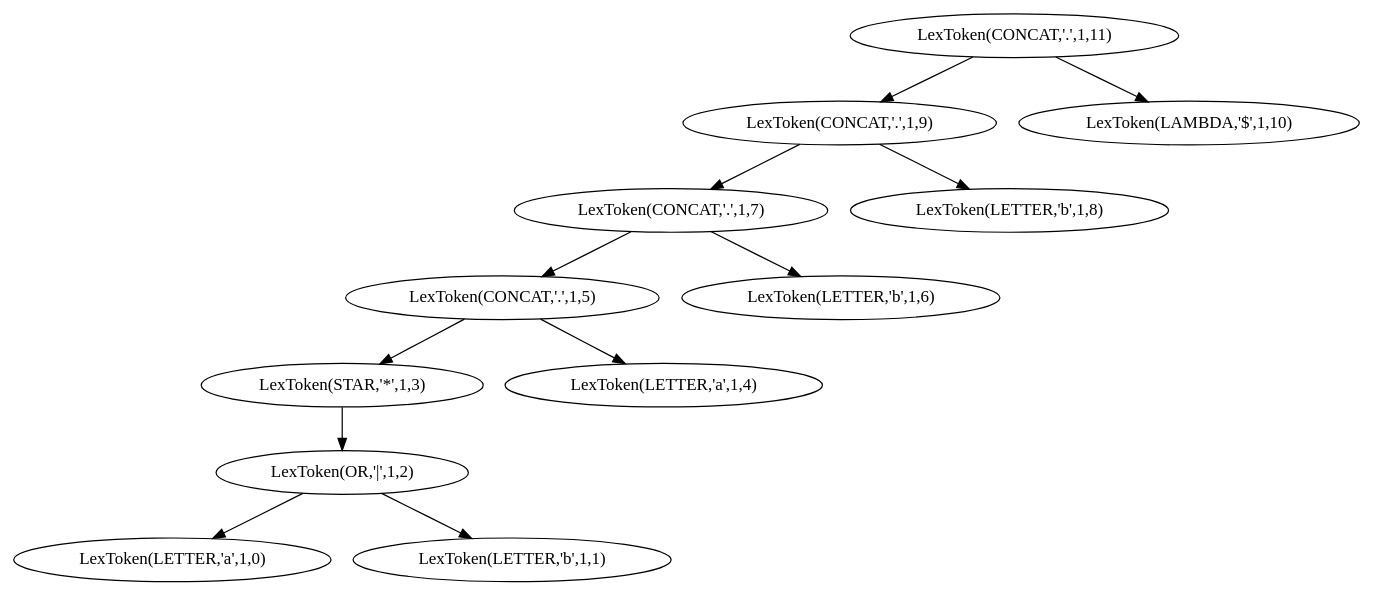
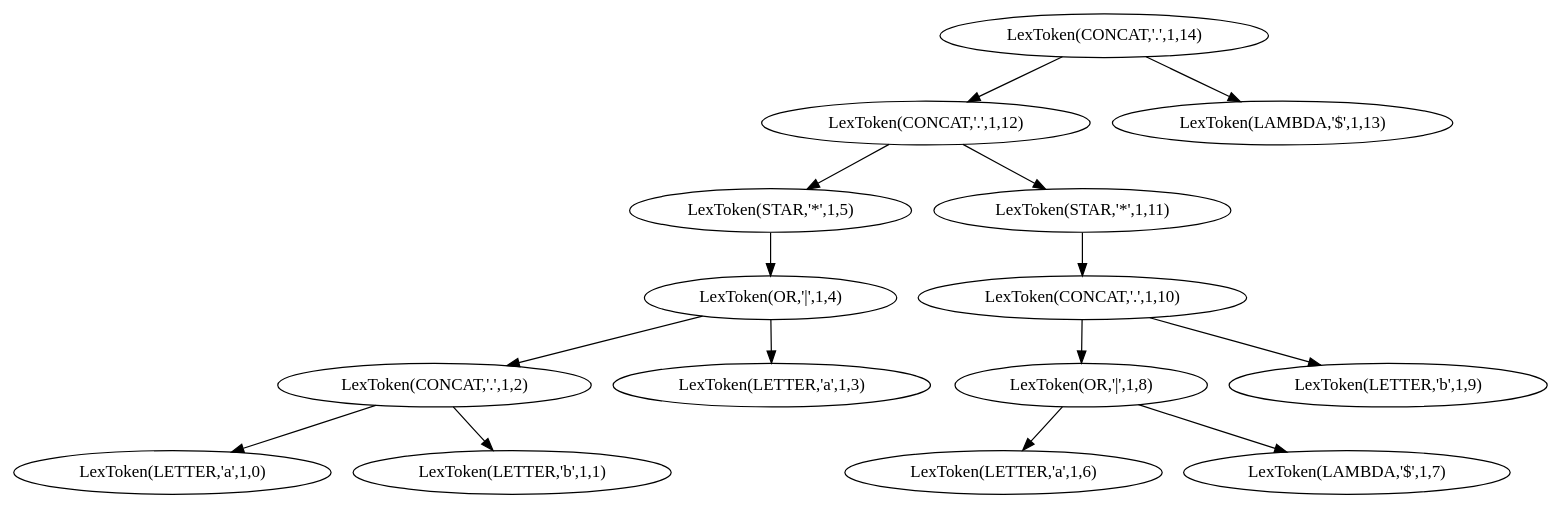
Before and after one commit to alexandru-balan/regex_to_dfa: the diagram in test.dot, drawn with Graphviz. The commit also changed 7 other files, not shown here.

```diff
--- a/test.dot
+++ b/test.dot
@@ -1,25 +1,31 @@
 strict digraph "" {
 	"LexToken(LETTER,'a',1,0)"	[val=a];
 	"LexToken(LETTER,'b',1,1)"	[val=b];
-	"LexToken(OR,'|',1,2)"	[val="|"];
-	"LexToken(OR,'|',1,2)" -> "LexToken(LETTER,'a',1,0)";
-	"LexToken(OR,'|',1,2)" -> "LexToken(LETTER,'b',1,1)";
-	"LexToken(STAR,'*',1,3)"	[val="*"];
-	"LexToken(STAR,'*',1,3)" -> "LexToken(OR,'|',1,2)";
-	"LexToken(LETTER,'a',1,4)"	[val=a];
-	"LexToken(CONCAT,'.',1,5)"	[val="."];
-	"LexToken(CONCAT,'.',1,5)" -> "LexToken(STAR,'*',1,3)";
-	"LexToken(CONCAT,'.',1,5)" -> "LexToken(LETTER,'a',1,4)";
-	"LexToken(LETTER,'b',1,6)"	[val=b];
-	"LexToken(CONCAT,'.',1,7)"	[val="."];
-	"LexToken(CONCAT,'.',1,7)" -> "LexToken(CONCAT,'.',1,5)";
-	"LexToken(CONCAT,'.',1,7)" -> "LexToken(LETTER,'b',1,6)";
-	"LexToken(LETTER,'b',1,8)"	[val=b];
-	"LexToken(CONCAT,'.',1,9)"	[val="."];
-	"LexToken(CONCAT,'.',1,9)" -> "LexToken(CONCAT,'.',1,7)";
-	"LexToken(CONCAT,'.',1,9)" -> "LexToken(LETTER,'b',1,8)";
-	"LexToken(LAMBDA,'$',1,10)"	[val="$"];
-	"LexToken(CONCAT,'.',1,11)"	[val="."];
-	"LexToken(CONCAT,'.',1,11)" -> "LexToken(CONCAT,'.',1,9)";
-	"LexToken(CONCAT,'.',1,11)" -> "LexToken(LAMBDA,'$',1,10)";
+	"LexToken(CONCAT,'.',1,2)"	[val="."];
+	"LexToken(CONCAT,'.',1,2)" -> "LexToken(LETTER,'a',1,0)";
+	"LexToken(CONCAT,'.',1,2)" -> "LexToken(LETTER,'b',1,1)";
+	"LexToken(LETTER,'a',1,3)"	[val=a];
+	"LexToken(OR,'|',1,4)"	[val="|"];
+	"LexToken(OR,'|',1,4)" -> "LexToken(CONCAT,'.',1,2)";
+	"LexToken(OR,'|',1,4)" -> "LexToken(LETTER,'a',1,3)";
+	"LexToken(STAR,'*',1,5)"	[val="*"];
+	"LexToken(STAR,'*',1,5)" -> "LexToken(OR,'|',1,4)";
+	"LexToken(LETTER,'a',1,6)"	[val=a];
+	"LexToken(LAMBDA,'$',1,7)"	[val="$"];
+	"LexToken(OR,'|',1,8)"	[val="|"];
+	"LexToken(OR,'|',1,8)" -> "LexToken(LETTER,'a',1,6)";
+	"LexToken(OR,'|',1,8)" -> "LexToken(LAMBDA,'$',1,7)";
+	"LexToken(LETTER,'b',1,9)"	[val=b];
+	"LexToken(CONCAT,'.',1,10)"	[val="."];
+	"LexToken(CONCAT,'.',1,10)" -> "LexToken(OR,'|',1,8)";
+	"LexToken(CONCAT,'.',1,10)" -> "LexToken(LETTER,'b',1,9)";
+	"LexToken(STAR,'*',1,11)"	[val="*"];
+	"LexToken(STAR,'*',1,11)" -> "LexToken(CONCAT,'.',1,10)";
+	"LexToken(CONCAT,'.',1,12)"	[val="."];
+	"LexToken(CONCAT,'.',1,12)" -> "LexToken(STAR,'*',1,5)";
+	"LexToken(CONCAT,'.',1,12)" -> "LexToken(STAR,'*',1,11)";
+	"LexToken(LAMBDA,'$',1,13)"	[val="$"];
+	"LexToken(CONCAT,'.',1,14)"	[val="."];
+	"LexToken(CONCAT,'.',1,14)" -> "LexToken(CONCAT,'.',1,12)";
+	"LexToken(CONCAT,'.',1,14)" -> "LexToken(LAMBDA,'$',1,13)";
 }
```
